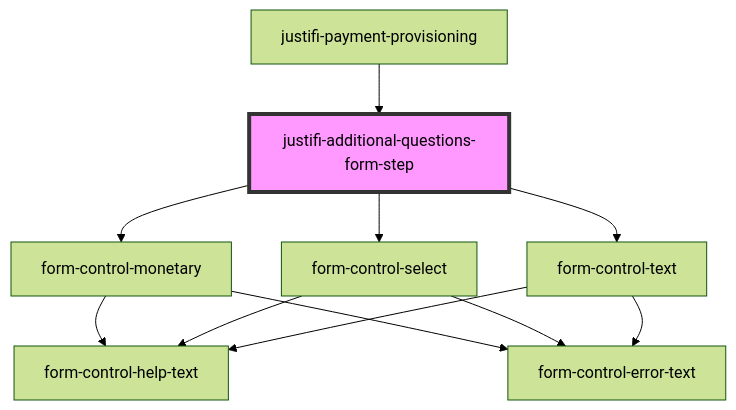
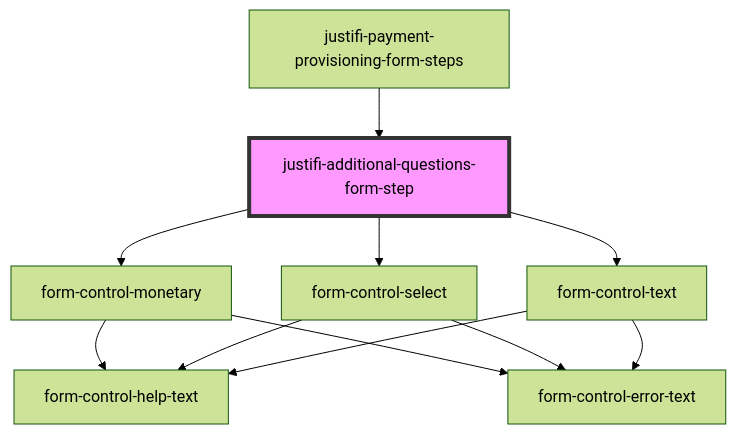
One commit to justifi-tech/web-component-library changed the diagram in packages/webcomponents/src/components/business-forms/payment-provisioning/additional-questions/readme.md. Above: the diagram before and after it, drawn with Mermaid (forest theme). The commit also changed other lines of this file and 5 other files, not shown here.

````diff
--- a/packages/webcomponents/src/components/business-forms/payment-provisioning/additional-questions/readme.md
+++ b/packages/webcomponents/src/components/business-forms/payment-provisioning/additional-questions/readme.md
@@ -58,14 +58,14 @@
 ```mermaid
 graph TD;
   justifi-additional-questions-form-step --> form-control-monetary
   justifi-additional-questions-form-step --> form-control-select
   justifi-additional-questions-form-step --> form-control-text
   form-control-monetary --> form-control-help-text
   form-control-monetary --> form-control-error-text
   form-control-select --> form-control-help-text
   form-control-select --> form-control-error-text
   form-control-text --> form-control-help-text
   form-control-text --> form-control-error-text
-  justifi-payment-provisioning --> justifi-additional-questions-form-step
+  justifi-payment-provisioning-form-steps --> justifi-additional-questions-form-step
   style justifi-additional-questions-form-step fill:#f9f,stroke:#333,stroke-width:4px
 ```
````
